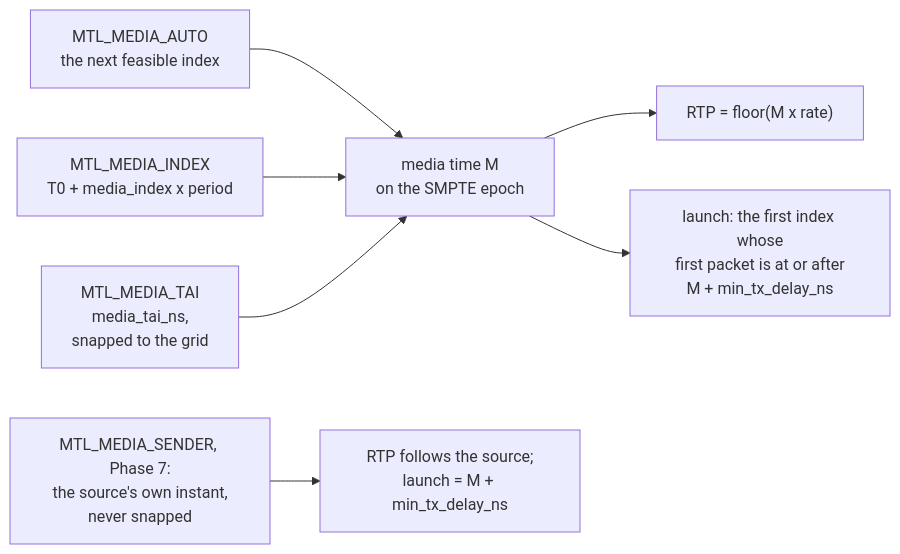
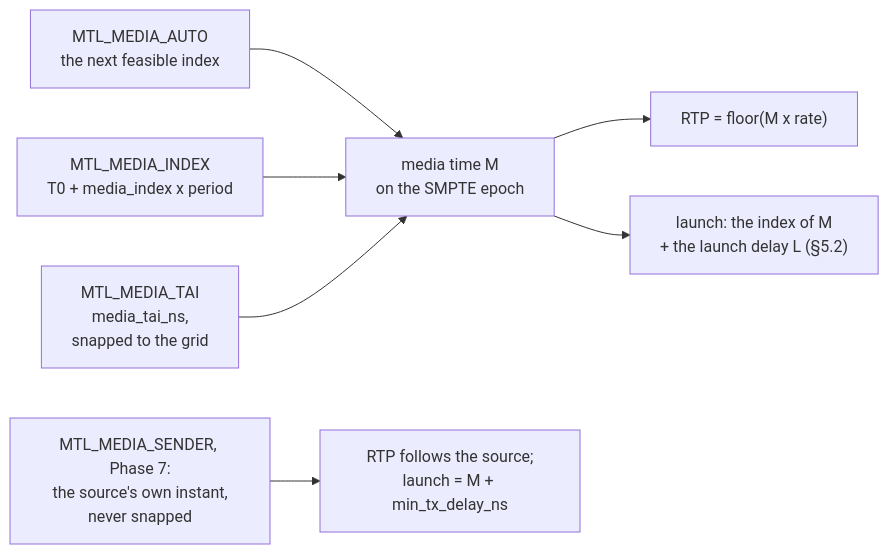
The second of 7 diagrams in doc/unified-api/timing.md (OpenVisualCloud/Media-Transport-Library), drawn with Mermaid before and after one commit. The commit also changed other lines of this file and 28 other files, not shown here.

````diff
--- a/doc/unified-api/timing.md
+++ b/doc/unified-api/timing.md
@@ -325,9 +414,9 @@
 ```mermaid
 flowchart LR
     AUTO["MTL_MEDIA_AUTO<br/>the next feasible index"] --> M["media time M<br/>on the SMPTE epoch"]
     IDX["MTL_MEDIA_INDEX<br/>T0 + media_index x period"] --> M
     TAI["MTL_MEDIA_TAI<br/>media_tai_ns,<br/>snapped to the grid"] --> M
     M --> RTP["RTP = floor(M x rate)"]
-    M --> LA["launch: the first index whose<br/>first packet is at or after<br/>M + min_tx_delay_ns"]
+    M --> LA["launch: the index of M<br/>+ the launch delay L (§5.2)"]
     SND["MTL_MEDIA_SENDER, Phase 7:<br/>the source's own instant,<br/>never snapped"] --> RS["RTP follows the source;<br/>launch = M + min_tx_delay_ns"]
 ```
````
